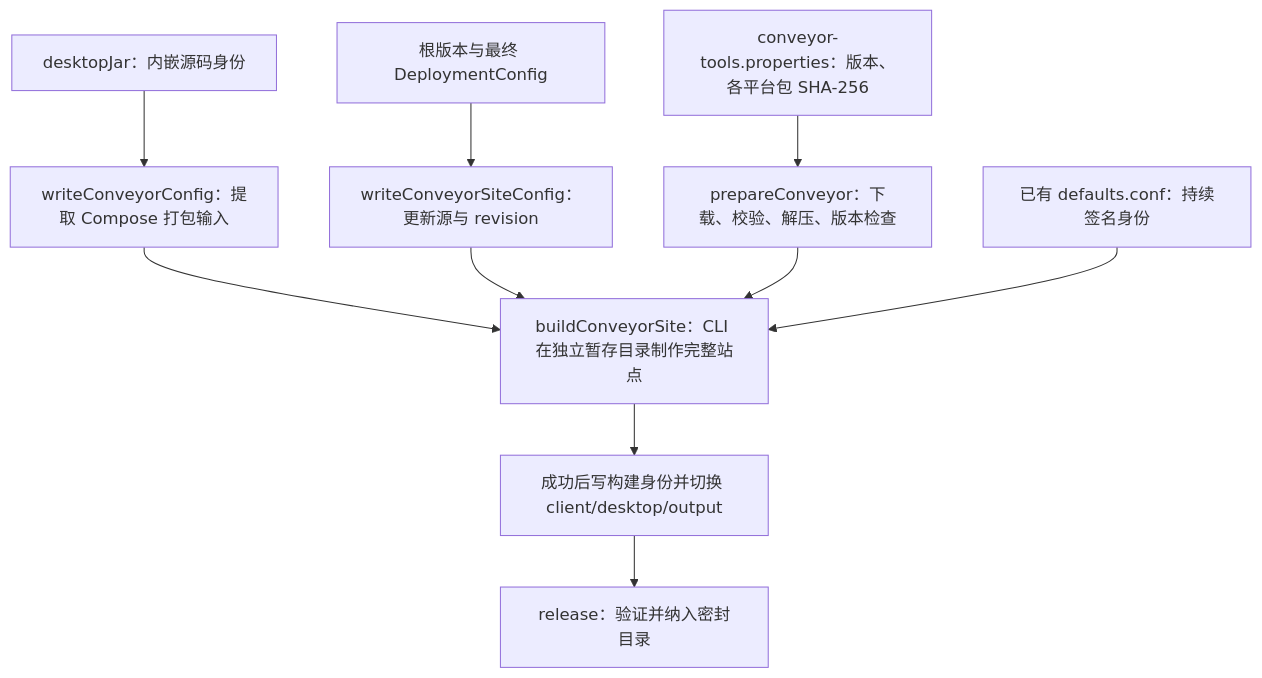
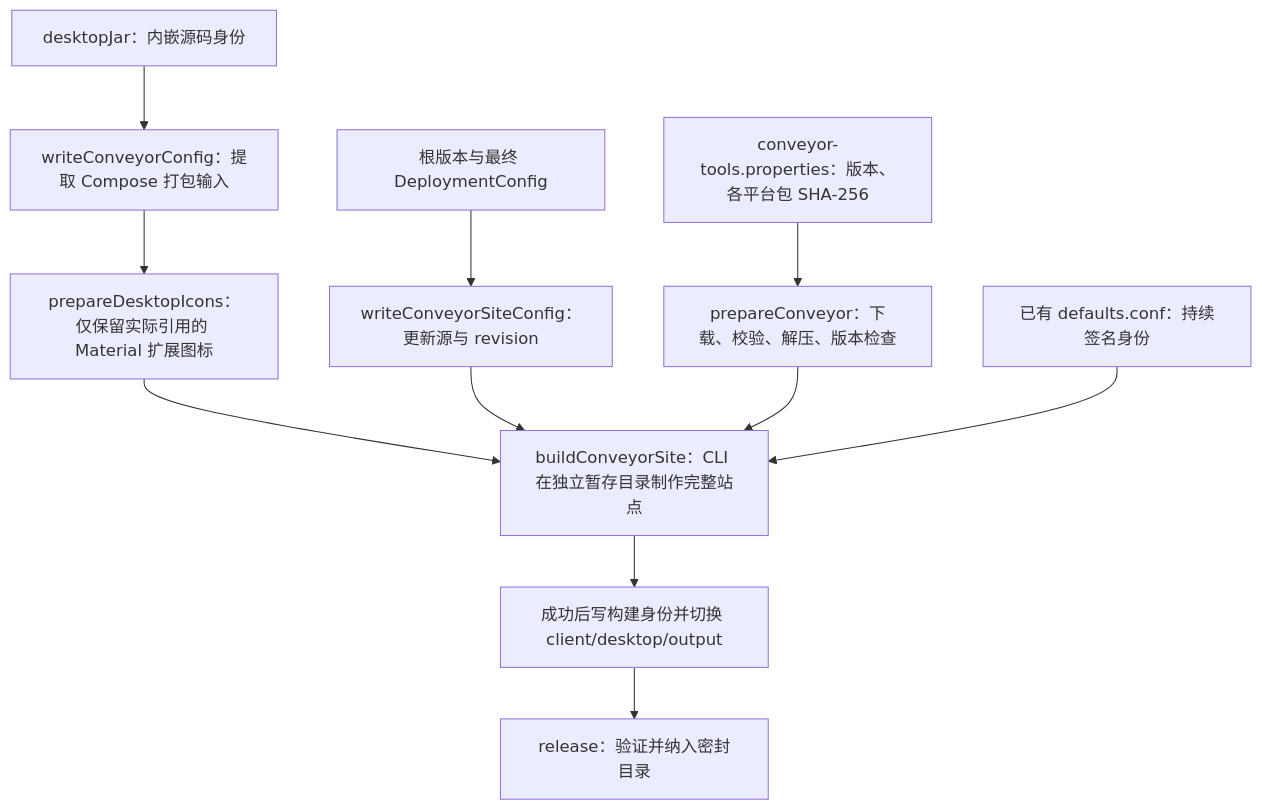
Before and after one commit to virjar/team-talk: the diagram in doc/07-operations/desktop-cross-build.md, drawn with Mermaid. The commit also changed other lines of this file and 5 other files, not shown here.

Commit message:
裁剪 Conveyor 安装包中的未用 Material 图标

````diff
--- a/doc/07-operations/desktop-cross-build.md
+++ b/doc/07-operations/desktop-cross-build.md
@@ -13,12 +13,13 @@
 ```mermaid
 flowchart TD
     Jar["desktopJar：内嵌源码身份"] --> Extract["writeConveyorConfig：提取 Compose 打包输入"]
     Version["根版本与最终 DeploymentConfig"] --> SiteConfig["writeConveyorSiteConfig：更新源与 revision"]
     Lock["conveyor-tools.properties：版本、各平台包 SHA-256"] --> Tool["prepareConveyor：下载、校验、解压、版本检查"]
-    Extract --> Build["buildConveyorSite：CLI 在独立暂存目录制作完整站点"]
+    Extract --> Icons["prepareDesktopIcons：仅保留实际引用的 Material 扩展图标"]
+    Icons --> Build["buildConveyorSite：CLI 在独立暂存目录制作完整站点"]
     SiteConfig --> Build
     Tool --> Build
     Signing["已有 defaults.conf：持续签名身份"] --> Build
     Build --> Output["成功后写构建身份并切换 client/desktop/output"]
     Output --> Bundle["release：验证并纳入密封目录"]
 ```
````
